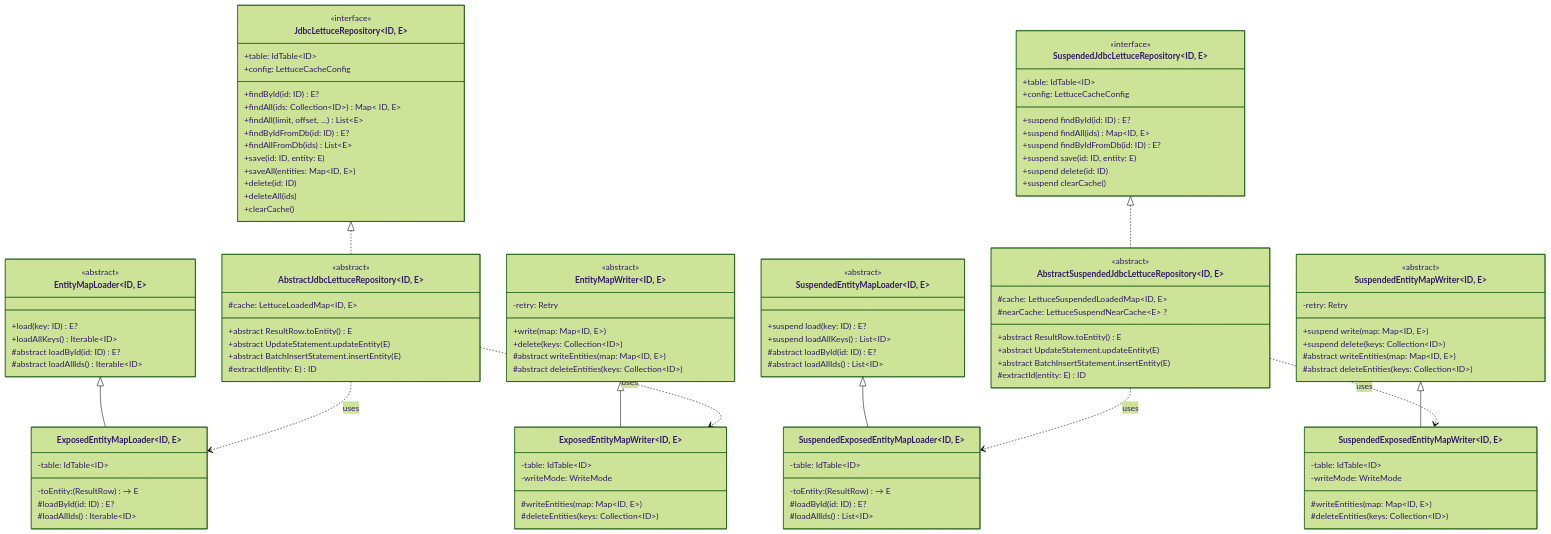
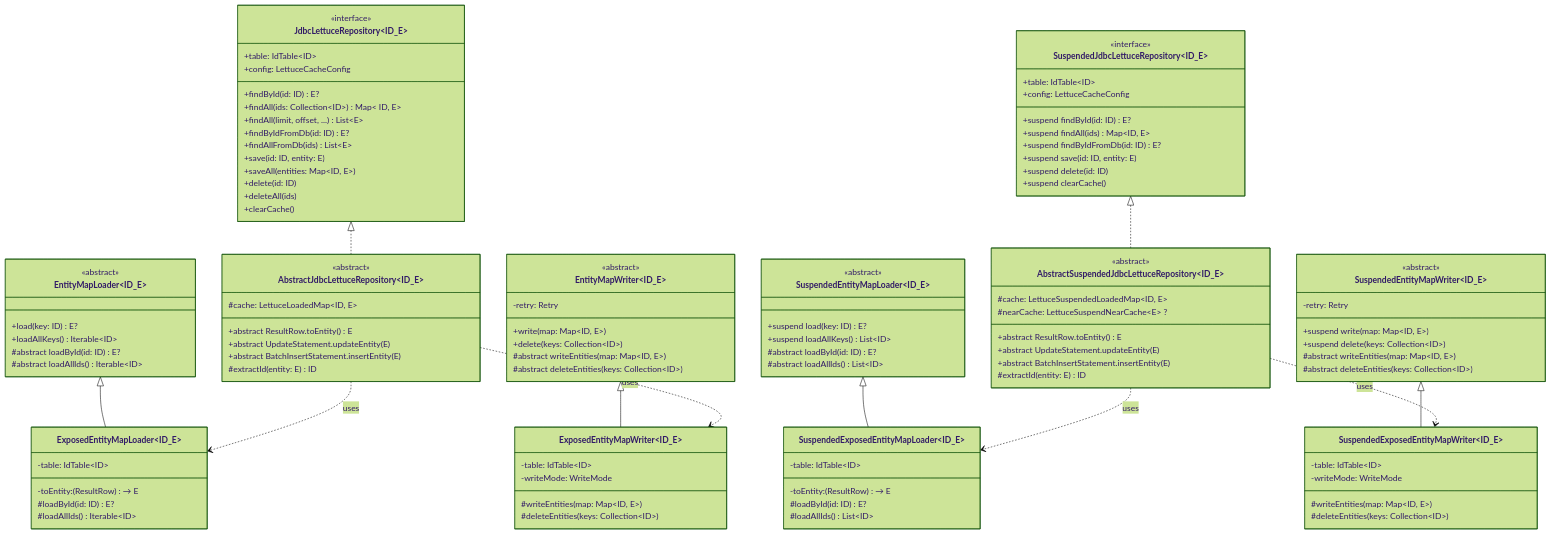
Before and after one commit to bluetape4k/bluetape4k-projects: the third of 8 diagrams in data/exposed-jdbc-lettuce/README.md, drawn with Mermaid (forest theme). The commit also changed other lines of this file and 95 other files, not shown here.

First line of the commit message:
docs: Mermaid 파서 오류 전체 수정 (IntelliJ IDEA 호환)

```diff
--- a/data/exposed-jdbc-lettuce/README.md
+++ b/data/exposed-jdbc-lettuce/README.md
@@ -157,7 +151,7 @@
 classDiagram
     direction TB
 
-    class JdbcLettuceRepository~ID, E~ {
+    class JdbcLettuceRepository~ID_E~ {
 <<interface>>
 +table: IdTable~ID~
 +config: LettuceCacheConfig
@@ -173,7 +167,7 @@
 +clearCache()
 }
 
-class SuspendedJdbcLettuceRepository~ID, E~ {
+class SuspendedJdbcLettuceRepository~ID_E~ {
 <<interface>>
 +table: IdTable~ID~
 +config: LettuceCacheConfig
@@ -185,7 +179,7 @@
 +suspend clearCache()
 }
 
-class AbstractJdbcLettuceRepository~ID, E~ {
+class AbstractJdbcLettuceRepository~ID_E~ {
 <<abstract>>
 #cache: LettuceLoadedMap~ID, E~
 +abstract ResultRow.toEntity() E
@@ -194,7 +188,7 @@
 #extractId(entity: E) ID
  }
 
-class AbstractSuspendedJdbcLettuceRepository~ID, E~ {
+class AbstractSuspendedJdbcLettuceRepository~ID_E~ {
 <<abstract>>
 #cache: LettuceSuspendedLoadedMap~ID, E~
 #nearCache: LettuceSuspendNearCache~E~ ?
@@ -204,7 +198,7 @@
 #extractId(entity: E) ID
 }
 
-class EntityMapLoader~ID, E~ {
+class EntityMapLoader~ID_E~ {
 <<abstract>>
 +load(key: ID) E?
 +loadAllKeys() Iterable~ID~
@@ -212,7 +206,7 @@
 #abstract loadAllIds() Iterable~ID~
 }
 
-class EntityMapWriter~ID, E~ {
+class EntityMapWriter~ID_E~ {
 <<abstract>>
 -retry: Retry
 +write(map: Map~ID, E~)
@@ -221,7 +215,7 @@
 #abstract deleteEntities(keys: Collection~ID~)
 }
 
-class SuspendedEntityMapLoader~ID, E~ {
+class SuspendedEntityMapLoader~ID_E~ {
 <<abstract>>
 +suspend load(key: ID) E?
 +suspend loadAllKeys() List~ID~
@@ -229,7 +223,7 @@
 #abstract loadAllIds() List~ID~
 }
 
-class SuspendedEntityMapWriter~ID, E~ {
+class SuspendedEntityMapWriter~ID_E~ {
 <<abstract>>
 -retry: Retry
 +suspend write(map: Map~ID, E~)
@@ -238,28 +232,28 @@
 #abstract deleteEntities(keys: Collection~ID~)
 }
 
-class ExposedEntityMapLoader~ID, E~ {
+class ExposedEntityMapLoader~ID_E~ {
 -table: IdTable~ID~
 -toEntity: (ResultRow) → E
 #loadById(id: ID) E?
 #loadAllIds() Iterable~ID~
 }
 
-class ExposedEntityMapWriter~ID, E~ {
+class ExposedEntityMapWriter~ID_E~ {
 -table: IdTable~ID~
 -writeMode: WriteMode
 #writeEntities(map: Map~ID, E~)
 #deleteEntities(keys: Collection~ID~)
 }
 
-class SuspendedExposedEntityMapLoader~ID, E~ {
+class SuspendedExposedEntityMapLoader~ID_E~ {
 -table: IdTable~ID~
 -toEntity: (ResultRow) → E
 #loadById(id: ID) E?
 #loadAllIds() List~ID~
 }
 
-class SuspendedExposedEntityMapWriter~ID, E~ {
+class SuspendedExposedEntityMapWriter~ID_E~ {
 -table: IdTable~ID~
 -writeMode: WriteMode
 #writeEntities(map: Map~ID, E~)
```
